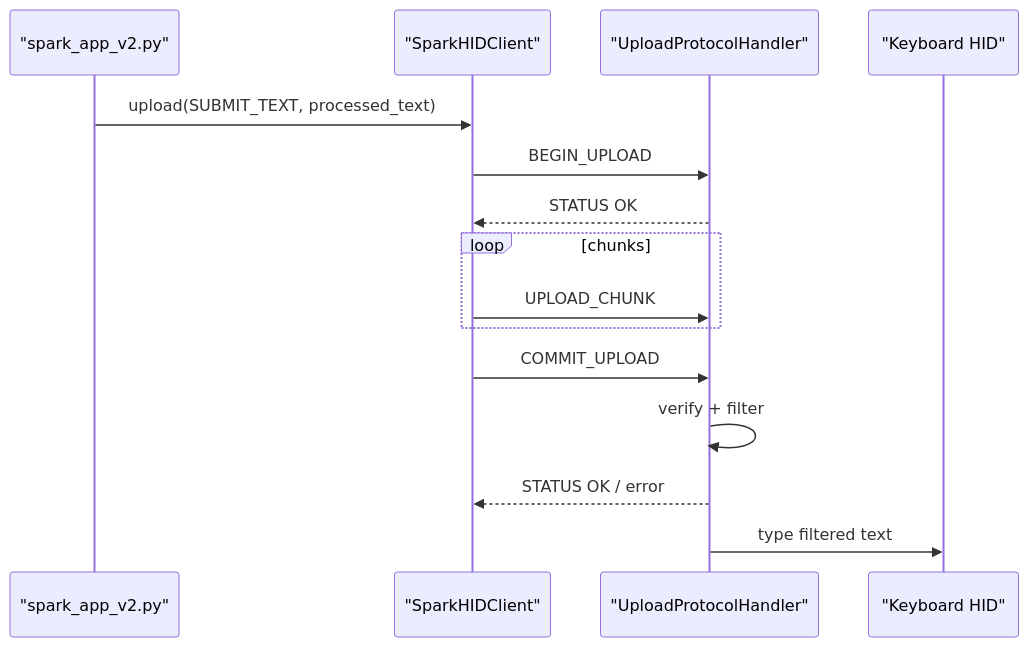
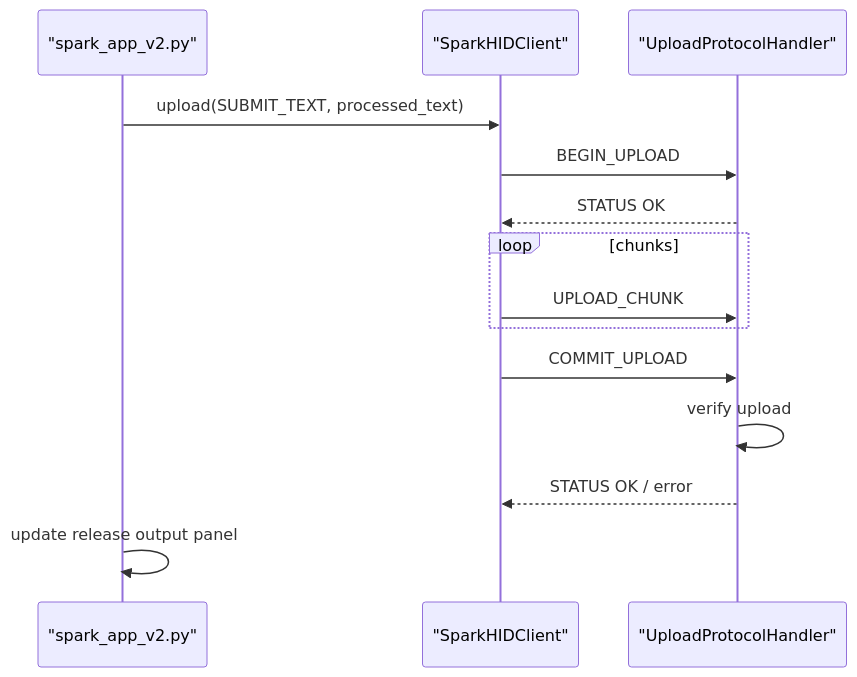
The third of 3 diagrams in ENGINEERING_SPEC.md (Tatyana-AC/SPARK), drawn with Mermaid before and after one commit. The commit also changed other lines of this file and 27 other files, not shown here.

Commit message:
Remove Pico typeback and show release output in app

````diff
--- a/ENGINEERING_SPEC.md
+++ b/ENGINEERING_SPEC.md
@@ -350,18 +340,17 @@
 ```mermaid
 sequenceDiagram
     participant App as "spark_app_v2.py"
     participant HID as "SparkHIDClient"
     participant Pico as "UploadProtocolHandler"
-    participant KB as "Keyboard HID"
 
     App->>HID: upload(SUBMIT_TEXT, processed_text)
     HID->>Pico: BEGIN_UPLOAD
     Pico-->>HID: STATUS OK
     loop chunks
         HID->>Pico: UPLOAD_CHUNK
     end
     HID->>Pico: COMMIT_UPLOAD
-    Pico->>Pico: verify + filter
+    Pico->>Pico: verify upload
     Pico-->>HID: STATUS OK / error
-    Pico->>KB: type filtered text
+    App->>App: update release output panel
 ```
````
